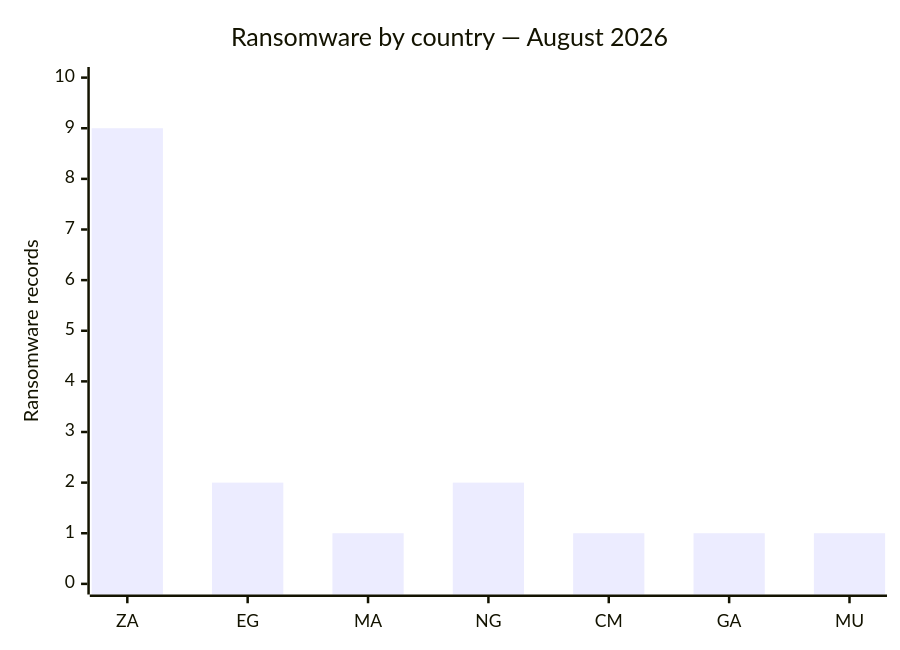
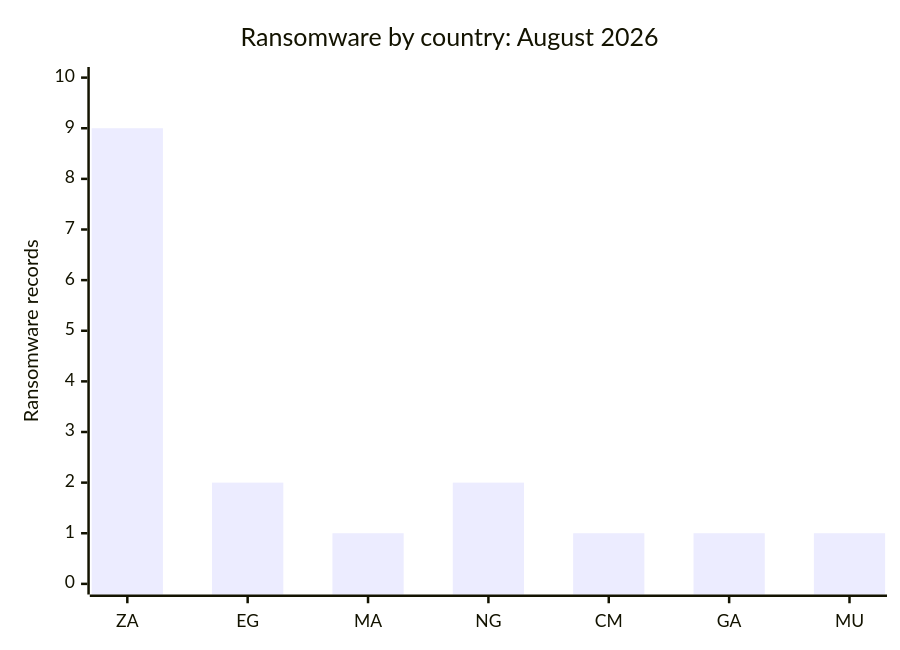
Before and after one commit to Hatchepsoute/AFRINTEL: the third of 7 diagrams in CyberAttackAfrica/2026/08-august/README.md, drawn with Mermaid. The commit also changed other lines of this file and 1 other file, not shown here.

````diff
--- a/CyberAttackAfrica/2026/08-august/README.md
+++ b/CyberAttackAfrica/2026/08-august/README.md
@@ -152,7 +152,7 @@
 ```mermaid
 xychart-beta
-    title "Ransomware by country — August 2026"
+    title "Ransomware by country: August 2026"
     x-axis ["ZA", "EG", "MA", "NG", "CM", "GA", "MU"]
     y-axis "Ransomware records" 0 --> 10
     bar [9, 2, 1, 2, 1, 1, 1]
 ```
````
